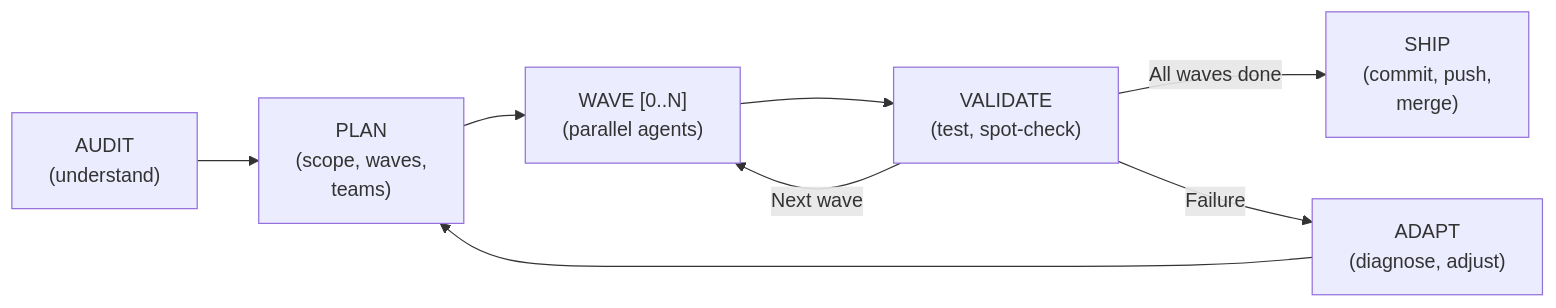
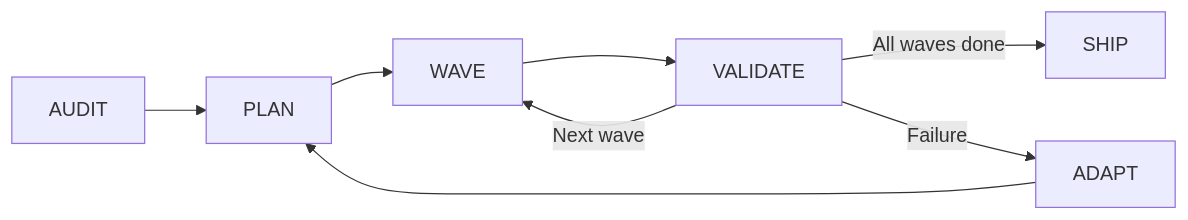
One commit to danielmeppiel/agentic-sdlc-handbook changed the first of 3 diagrams in handbook/ch13-the-execution-meta-process.qmd. Above: the diagram before and after it, drawn with Mermaid. The commit also changed other lines of this file and 16 other files, not shown here.

First line of the commit message:
fix: aggressive fig-width capping — RCA-driven mermaid rendering overhaul

````diff
--- a/handbook/ch13-the-execution-meta-process.qmd
+++ b/handbook/ch13-the-execution-meta-process.qmd
@@ -17,11 +17,11 @@
 ```{mermaid}
-%%| fig-width: 5.5
+%%| fig-width: 4.5
 flowchart LR
-    AUDIT["AUDIT<br/>(understand)"] --> PLAN["PLAN<br/>(scope, waves,<br/>teams)"]
-    PLAN --> WAVE["WAVE [0..N]<br/>(parallel agents)"]
-    WAVE --> VALIDATE["VALIDATE<br/>(test, spot-check)"]
-    VALIDATE -->|All waves done| SHIP["SHIP<br/>(commit, push,<br/>merge)"]
+    AUDIT["AUDIT"] --> PLAN["PLAN"]
+    PLAN --> WAVE["WAVE"]
+    WAVE --> VALIDATE["VALIDATE"]
+    VALIDATE -->|All waves done| SHIP["SHIP"]
     VALIDATE -->|Next wave| WAVE
-    VALIDATE -->|Failure| ADAPT["ADAPT<br/>(diagnose, adjust)"]
+    VALIDATE -->|Failure| ADAPT["ADAPT"]
     ADAPT --> PLAN
 ```
````
